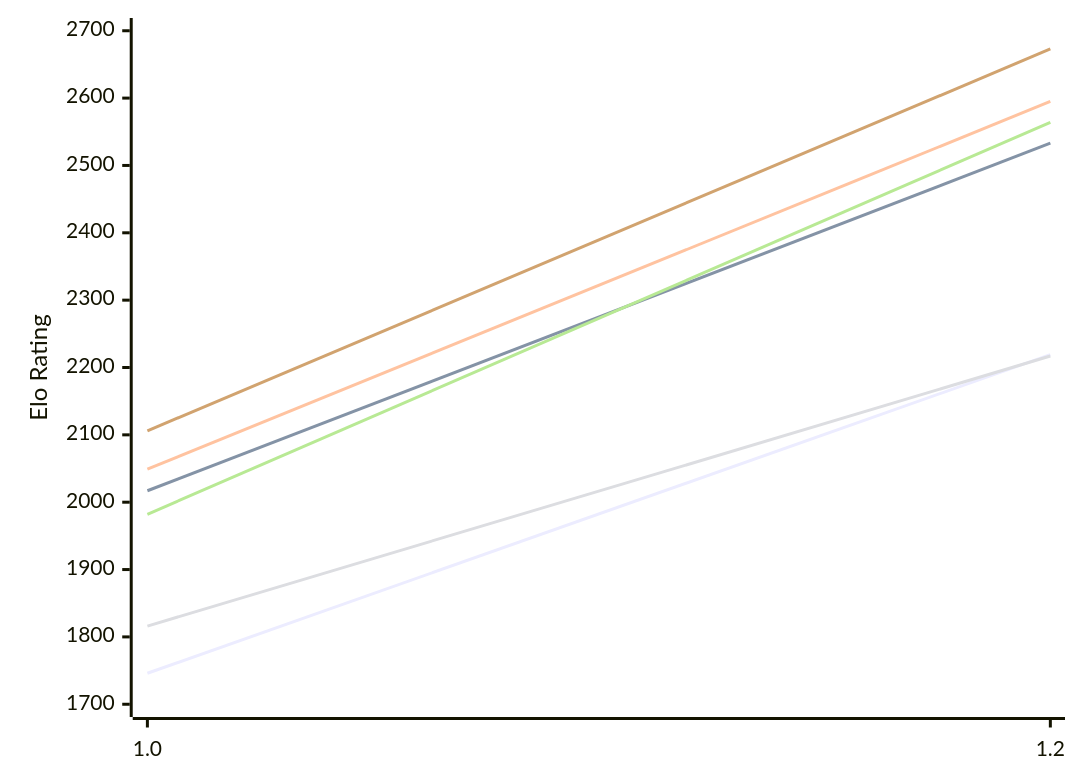
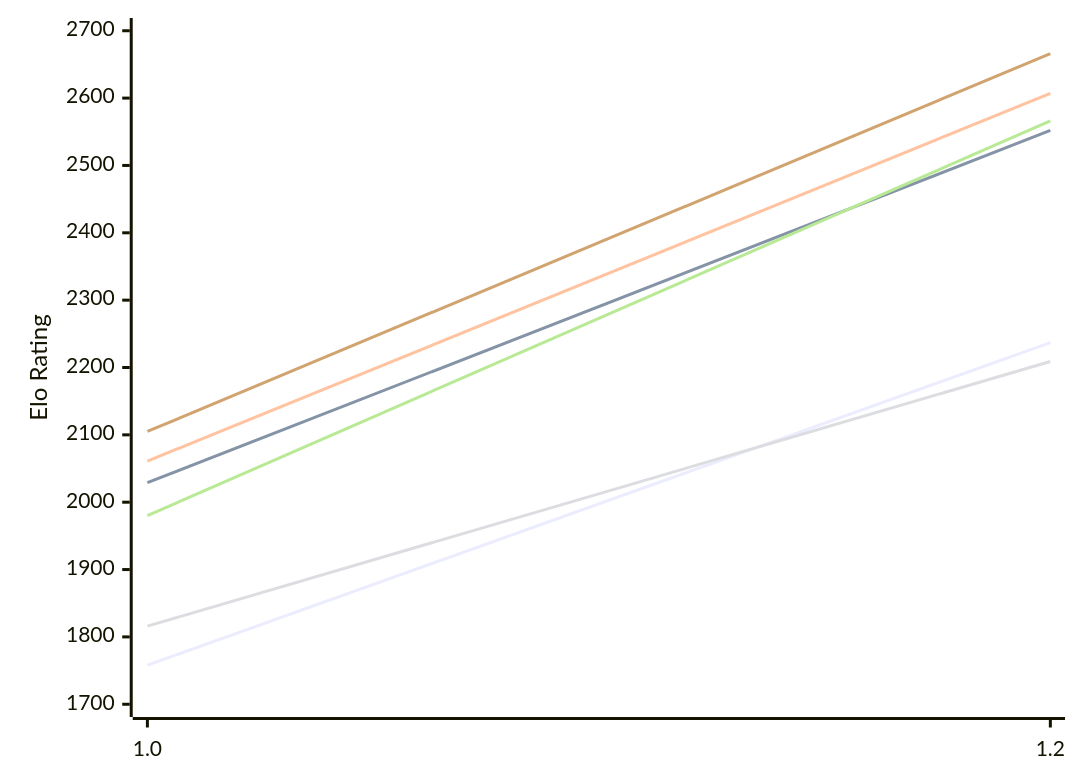
One commit to computer-chess-index/cci changed the first of 2 diagrams in engines/Echekinator.md. Above: the diagram before and after it, drawn with Mermaid. The commit also changed other lines of this file, not shown here.

Commit message:
Update CCI Ratings (ELO VLTC) - 2026-10-22

````diff
--- a/engines/Echekinator.md
+++ b/engines/Echekinator.md
@@ -50,12 +50,12 @@
 ```mermaid
 %%{init: {"theme":"base","themeVariables":{"seriesColors:['#a3a3a3','#222221','#faa371']}}}%%
 xychart-beta
   x-axis ["1.0", "1.2"]
   y-axis "Elo Rating" 1700 --> 2700
-  line "E1: STC (8.0+0.08s)" [1746, 2219]
-  line "E1: LTC (60.0+0.60s)" [2017, 2533]
-  line "E1: VLTC (2m24s+1.12s)" [2049, 2595]
-  line "P1: STC (8.0+0.08s)" [1816, 2217]
-  line "P1: LTC (60.0+0.60s)" [1982, 2564]
-  line "P1: VLTC (2m24s+1.12s)" [2106, 2673]
+  line "E1: STC (8.0+0.08s)" [1758, 2237]
+  line "E1: LTC (60.0+0.60s)" [2029, 2552]
+  line "E1: VLTC (2m24s+1.12s)" [2061, 2607]
+  line "P1: STC (8.0+0.08s)" [1816, 2209]
+  line "P1: LTC (60.0+0.60s)" [1980, 2566]
+  line "P1: VLTC (2m24s+1.12s)" [2105, 2666]
 ```
````
